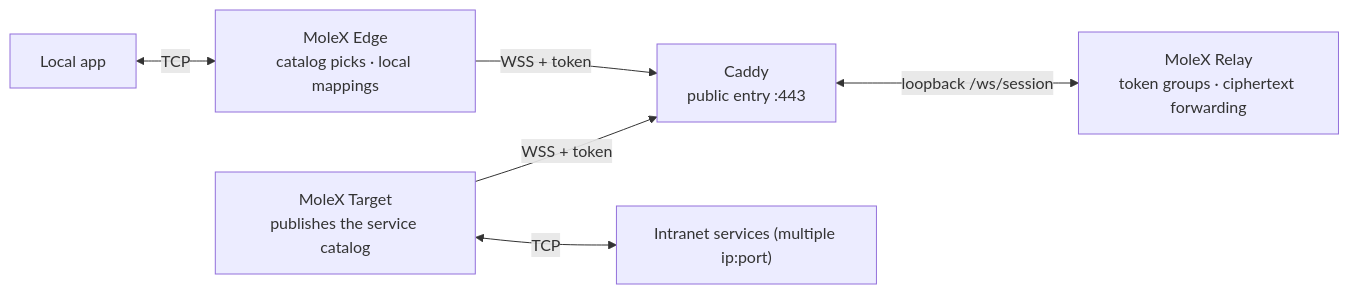
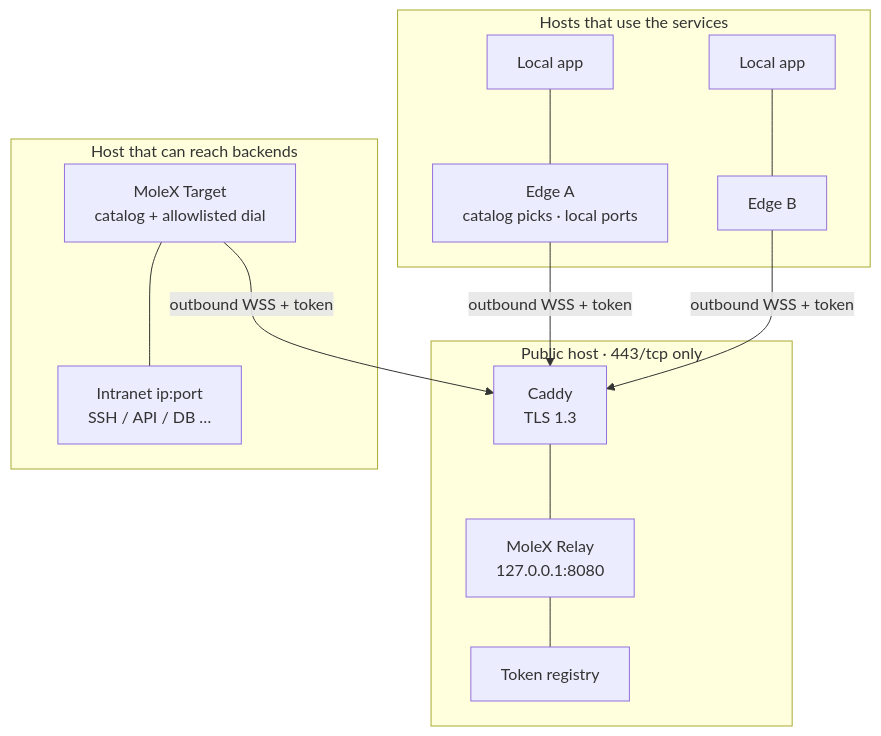
The first of 5 diagrams in README.en.md (suifei/molex), drawn with Mermaid before and after one commit. The commit also changed other lines of this file and 7 other files, not shown here.

````diff
--- a/README.en.md
+++ b/README.en.md
@@ -53,8 +81,29 @@
 ```mermaid
-flowchart LR
-    App["Local app"] <-->|"TCP"| Edge["MoleX Edge<br/>catalog picks · local mappings"]
-    Edge -->|"WSS + token"| Caddy["Caddy<br/>public entry :443"]
-    Caddy <-->|"loopback /ws/session"| Relay["MoleX Relay<br/>token groups · ciphertext forwarding"]
-    Target["MoleX Target<br/>publishes the service catalog"] -->|"WSS + token"| Caddy
-    Target <-->|"TCP"| Service["Intranet services (multiple ip:port)"]
+flowchart TB
+    subgraph Edges["Hosts that use the services"]
+        AppA["Local app"]
+        EdgeA["Edge A<br/>catalog picks · local ports"]
+        AppB["Local app"]
+        EdgeB["Edge B"]
+        AppA --- EdgeA
+        AppB --- EdgeB
+    end
+
+    subgraph Public["Public host · 443/tcp only"]
+        Caddy["Caddy<br/>TLS 1.3"]
+        Relay["MoleX Relay<br/>127.0.0.1:8080"]
+        Tokens["Token registry"]
+        Caddy --- Relay
+        Relay --- Tokens
+    end
+
+    subgraph Intranet["Host that can reach backends"]
+        Target["MoleX Target<br/>catalog + allowlisted dial"]
+        Svc["Intranet ip:port<br/>SSH / API / DB …"]
+        Target --- Svc
+    end
+
+    EdgeA -->|"outbound WSS + token"| Caddy
+    EdgeB -->|"outbound WSS + token"| Caddy
+    Target -->|"outbound WSS + token"| Caddy
 ```
````
